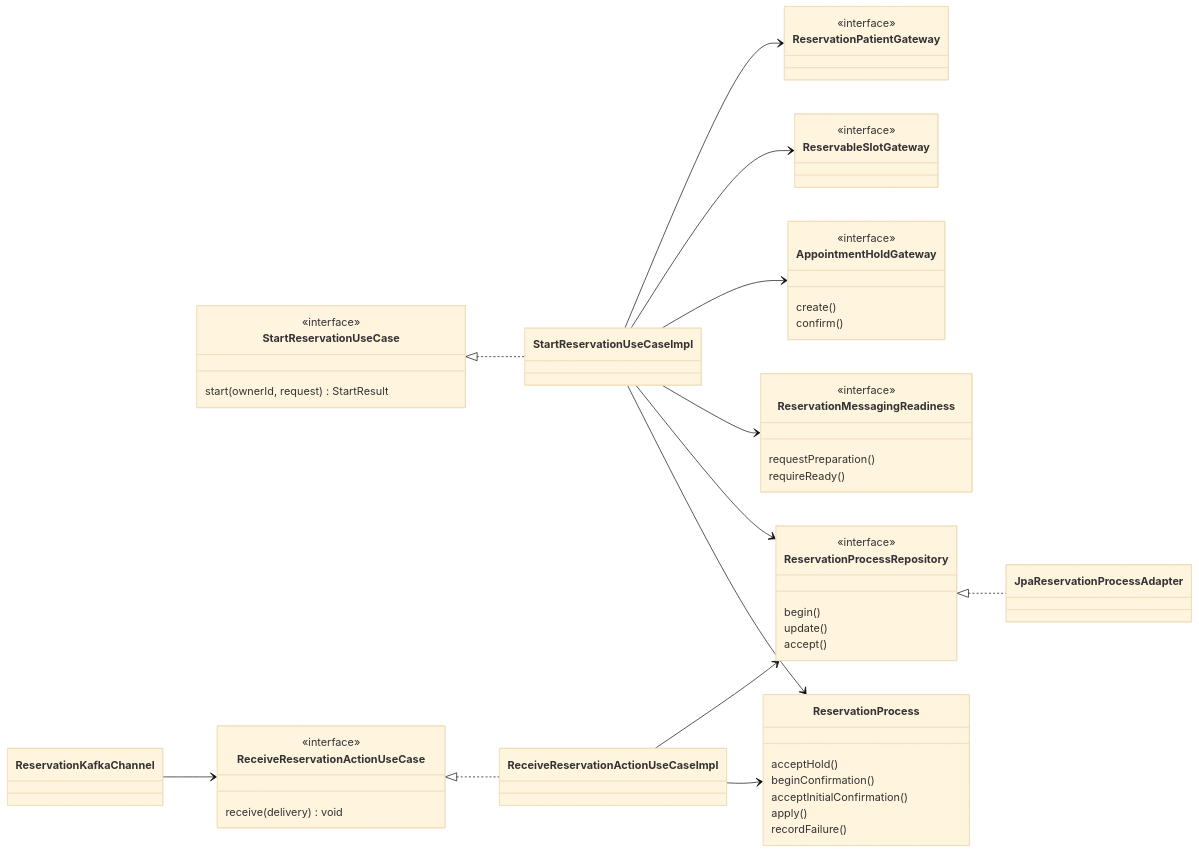
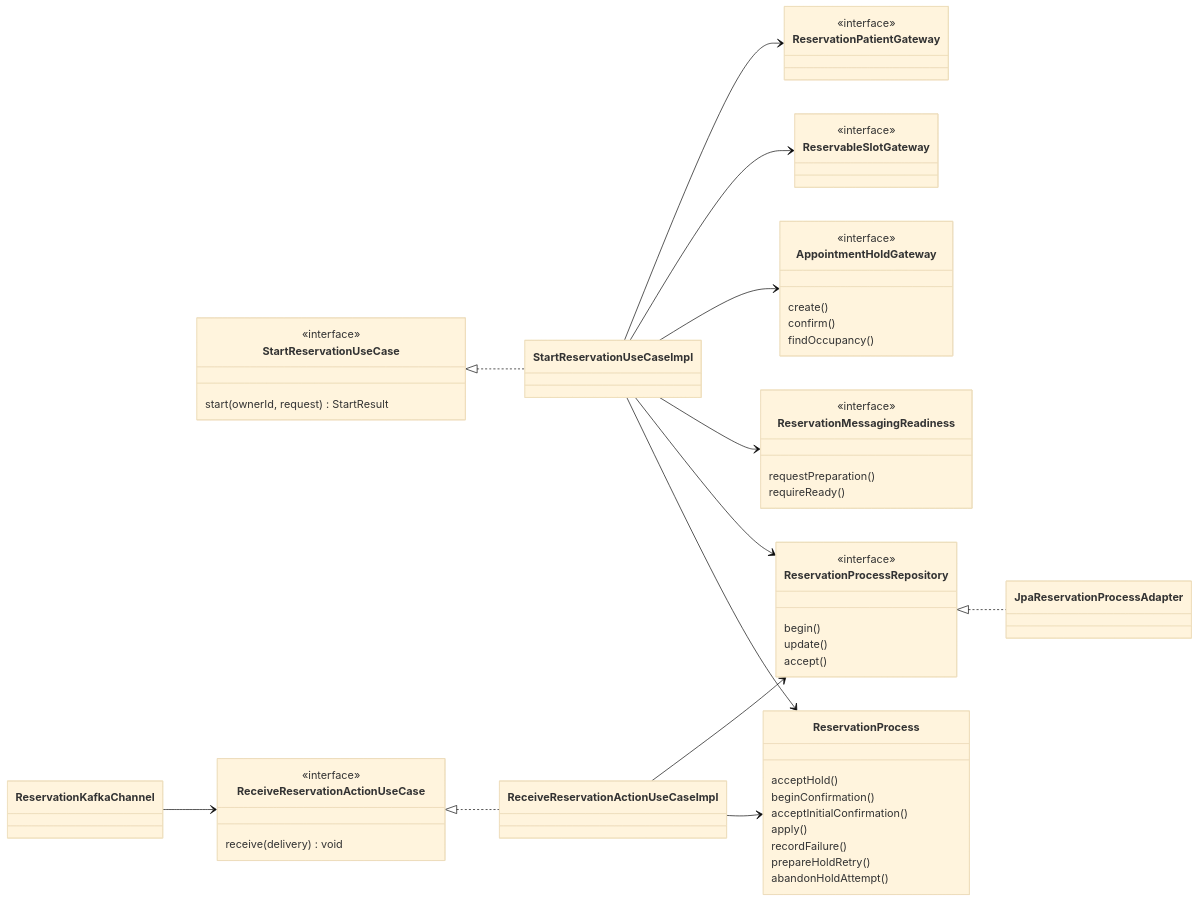
Before and after one commit to prog2-perassiferrara/backend-turnos: the diagram in docs/features/inicio-reserva/PLAN.md, drawn with Mermaid (base theme). The commit also changed other lines of this file and 22 other files, not shown here.

````diff
--- a/docs/features/inicio-reserva/PLAN.md
+++ b/docs/features/inicio-reserva/PLAN.md
@@ -67,57 +69,60 @@
 ```mermaid
 classDiagram
     direction LR
     class StartReservationUseCase {
         <<interface>>
         start(ownerId, request) StartResult
     }
     class StartReservationUseCaseImpl
     class ReceiveReservationActionUseCase {
         <<interface>>
         receive(delivery) void
     }
     class ReceiveReservationActionUseCaseImpl
     class ReservationProcess {
         acceptHold()
         beginConfirmation()
         acceptInitialConfirmation()
         apply()
         recordFailure()
+        prepareHoldRetry()
+        abandonHoldAttempt()
     }
     class ReservationProcessRepository {
         <<interface>>
         begin()
         update()
         accept()
     }
     class ReservationPatientGateway {
         <<interface>>
     }
     class ReservableSlotGateway {
         <<interface>>
     }
     class AppointmentHoldGateway {
         <<interface>>
         create()
         confirm()
+        findOccupancy()
     }
     class ReservationMessagingReadiness {
         <<interface>>
         requestPreparation()
         requireReady()
     }
     class ReservationKafkaChannel
     class JpaReservationProcessAdapter
     StartReservationUseCase <|.. StartReservationUseCaseImpl
     ReceiveReservationActionUseCase <|.. ReceiveReservationActionUseCaseImpl
     StartReservationUseCaseImpl --> ReservationPatientGateway
     StartReservationUseCaseImpl --> ReservableSlotGateway
     StartReservationUseCaseImpl --> AppointmentHoldGateway
     StartReservationUseCaseImpl --> ReservationMessagingReadiness
     StartReservationUseCaseImpl --> ReservationProcessRepository
     StartReservationUseCaseImpl --> ReservationProcess
     ReservationKafkaChannel --> ReceiveReservationActionUseCase
     ReceiveReservationActionUseCaseImpl --> ReservationProcessRepository
     ReceiveReservationActionUseCaseImpl --> ReservationProcess
     ReservationProcessRepository <|.. JpaReservationProcessAdapter
 ```
````
